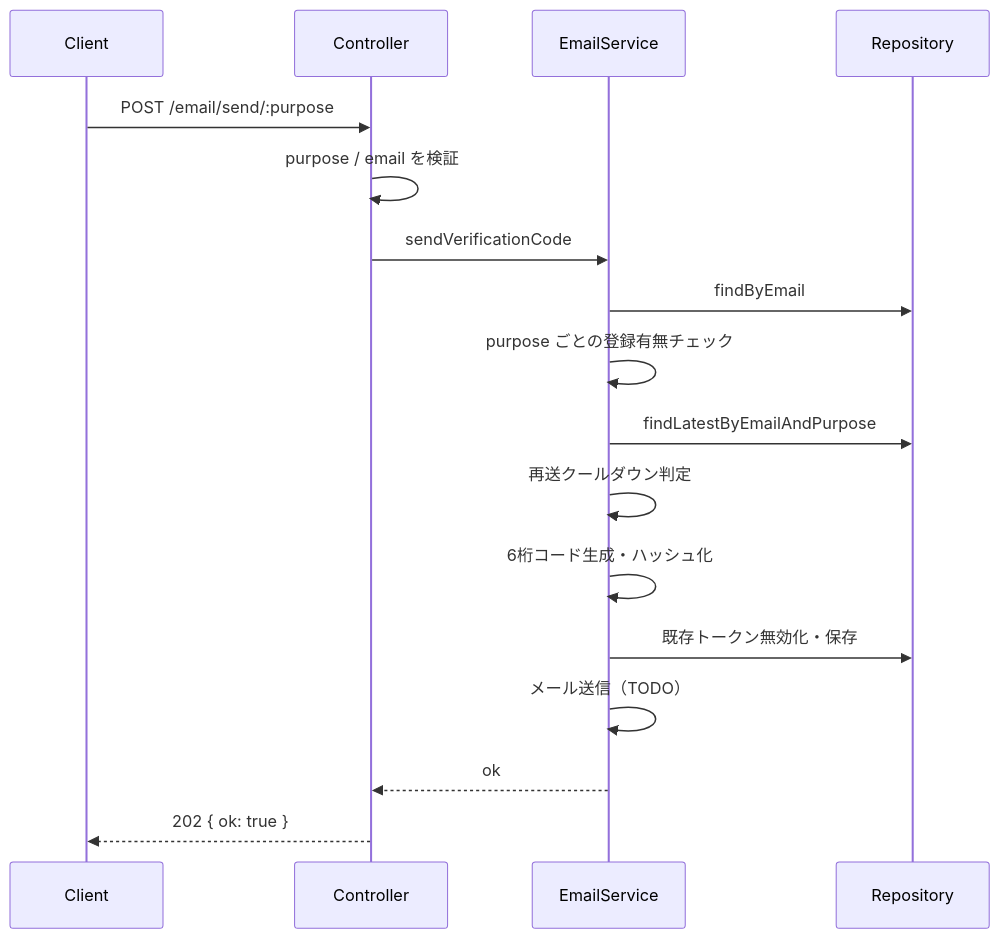
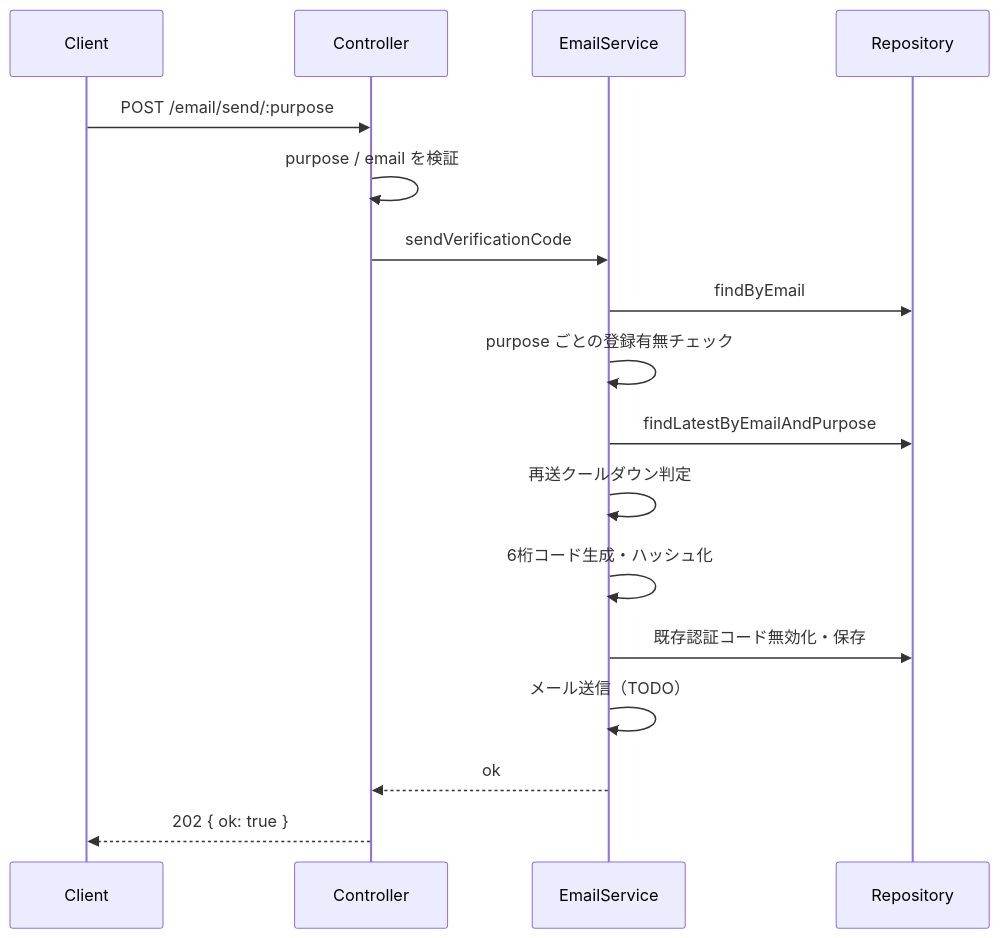
The first of 2 diagrams in packages/backend/docs/email.md (ukyo1114/waka-script), drawn with Mermaid before and after one commit. The commit also changed other lines of this file and 14 other files, not shown here.

````diff
--- a/packages/backend/docs/email.md
+++ b/packages/backend/docs/email.md
@@ -34,20 +37,20 @@
 ```mermaid
 sequenceDiagram
   participant C as Client
   participant Ctrl as Controller
   participant Svc as EmailService
   participant Repo as Repository
 
   C->>Ctrl: POST /email/send/:purpose
   Ctrl->>Ctrl: purpose / email を検証
   Ctrl->>Svc: sendVerificationCode
   Svc->>Repo: findByEmail
   Svc->>Svc: purpose ごとの登録有無チェック
   Svc->>Repo: findLatestByEmailAndPurpose
   Svc->>Svc: 再送クールダウン判定
   Svc->>Svc: 6桁コード生成・ハッシュ化
-  Svc->>Repo: 既存トークン無効化・保存
+  Svc->>Repo: 既存認証コード無効化・保存
   Svc->>Svc: メール送信（TODO）
   Svc-->>Ctrl: ok
   Ctrl-->>C: 202 { ok: true }
 ```
````
